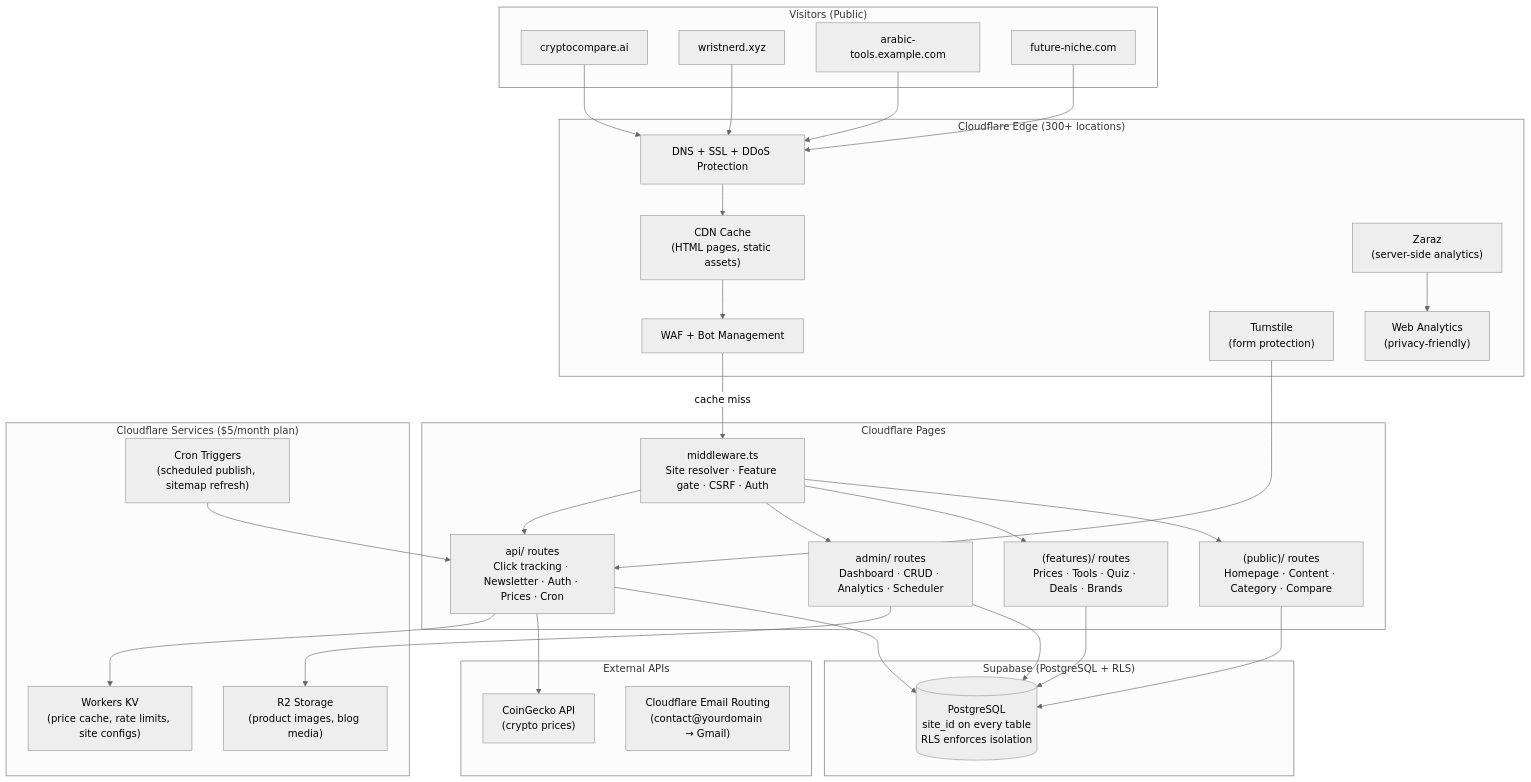
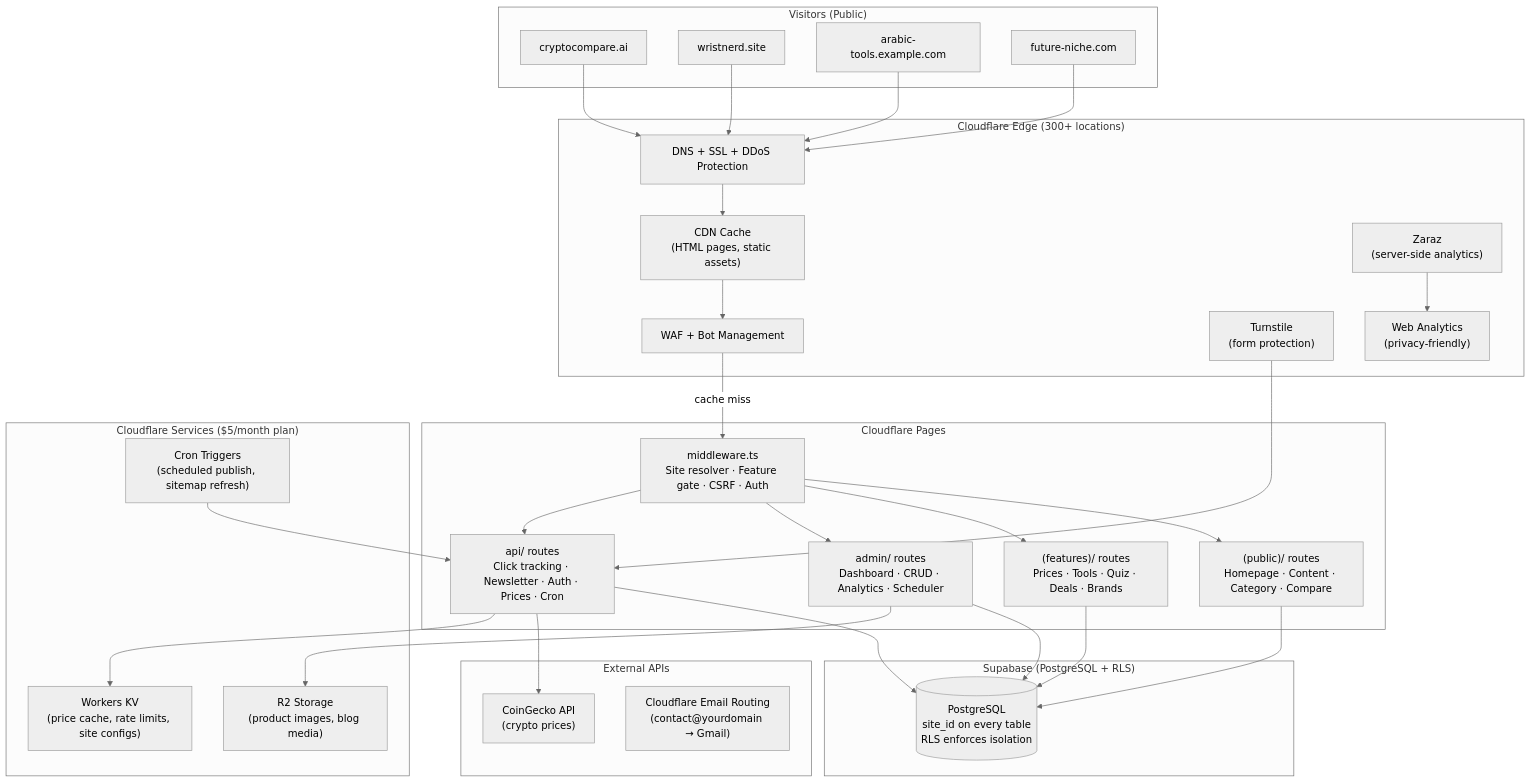
The first of 4 diagrams in docs/nichehub-architecture-v2.md (groupsmix/affilite-mix), drawn with Mermaid (neutral theme) before and after one commit. The commit also changed other lines of this file and 9 other files, not shown here.

First line of the commit message:
fix: update WristNerd domain from wristnerd.xyz to wristnerd.site

````diff
--- a/docs/nichehub-architecture-v2.md
+++ b/docs/nichehub-architecture-v2.md
@@ -81,55 +81,55 @@
 ```mermaid
 graph TB
     subgraph Visitors["Visitors (Public)"]
         B1["cryptocompare.ai"]
-        B2["wristnerd.xyz"]
+        B2["wristnerd.site"]
         B3["arabic-tools.example.com"]
         B4["future-niche.com"]
     end
 
     subgraph CF["Cloudflare Edge (300+ locations)"]
         DNS["DNS + SSL + DDoS Protection"]
         CDN["CDN Cache\n(HTML pages, static assets)"]
         WAF["WAF + Bot Management"]
         TURN["Turnstile\n(form protection)"]
         ZARAZ["Zaraz\n(server-side analytics)"]
         WA["Web Analytics\n(privacy-friendly)"]
     end
 
     subgraph CFPages["Cloudflare Pages"]
         MW["middleware.ts\nSite resolver · Feature gate · CSRF · Auth"]
         PUB["(public)/ routes\nHomepage · Content · Category · Compare"]
         FEAT["(features)/ routes\nPrices · Tools · Quiz · Deals · Brands"]
         ADMIN["admin/ routes\nDashboard · CRUD · Analytics · Scheduler"]
         API["api/ routes\nClick tracking · Newsletter · Auth · Prices · Cron"]
     end
 
     subgraph CFServices["Cloudflare Services ($5/month plan)"]
         KV["Workers KV\n(price cache, rate limits, site configs)"]
         R2["R2 Storage\n(product images, blog media)"]
         CRON["Cron Triggers\n(scheduled publish, sitemap refresh)"]
     end
 
     subgraph Supabase["Supabase (PostgreSQL + RLS)"]
         DB[("PostgreSQL\nsite_id on every table\nRLS enforces isolation")]
     end
 
     subgraph ExternalAPIs["External APIs"]
         CG["CoinGecko API\n(crypto prices)"]
         EMAIL["Cloudflare Email Routing\n(contact@yourdomain → Gmail)"]
     end
 
     B1 & B2 & B3 & B4 --> DNS
     DNS --> CDN
     CDN --> WAF
     WAF -->|cache miss| MW
     MW --> PUB & FEAT & ADMIN & API
     PUB & FEAT & ADMIN --> DB
     API --> DB
     API --> CG
     API --> KV
     ADMIN --> R2
     CRON --> API
     TURN --> API
     ZARAZ --> WA
 ```
````
